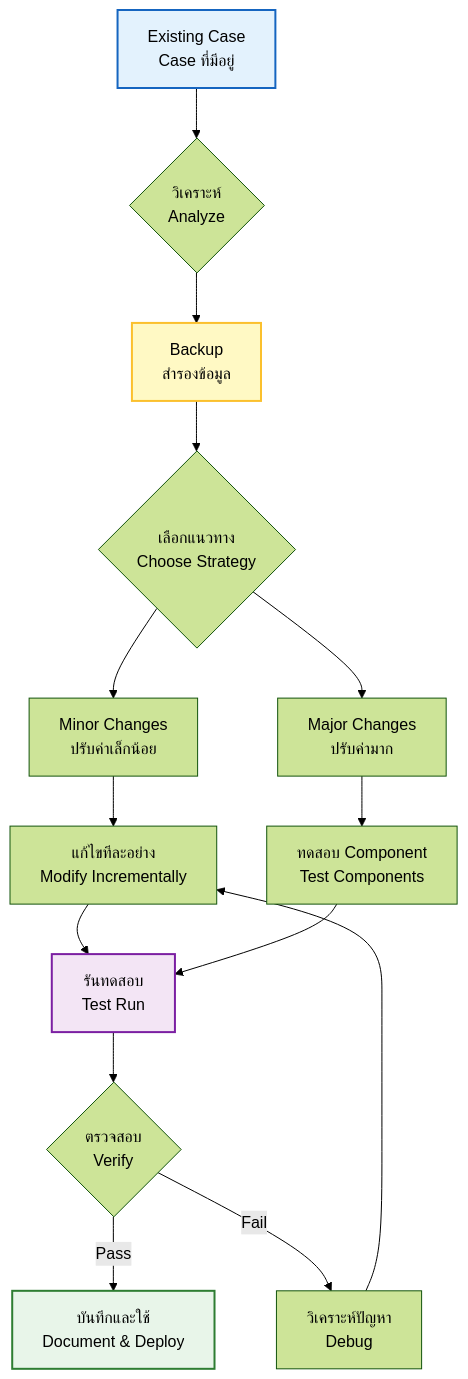
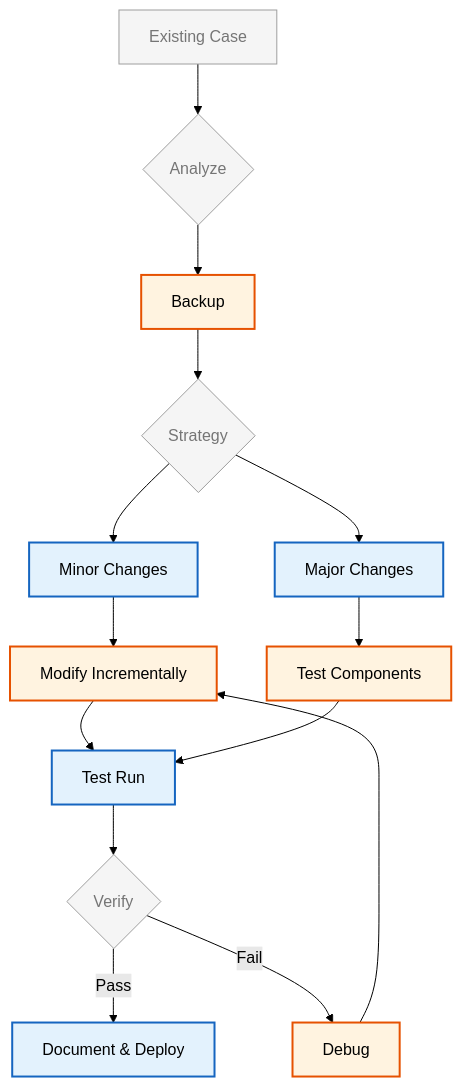
Before and after one commit to wramet/build-my-cfd: the diagram in MODULE_07_UTILITIES_AUTOMATION/CONTENT/03_POST_PROCESSING/03_Surface_Integration.md, drawn with Mermaid (forest theme). The commit also changed 313 other files, not shown here.

Commit message:
Revise all diagram

````diff
--- a/MODULE_07_UTILITIES_AUTOMATION/CONTENT/03_POST_PROCESSING/03_Surface_Integration.md
+++ b/MODULE_07_UTILITIES_AUTOMATION/CONTENT/03_POST_PROCESSING/03_Surface_Integration.md
@@ -768,21 +768,21 @@
 ```mermaid
 flowchart TD
-    A[Existing Case<br/>Case ที่มีอยู่] --> B{วิเคราะห์<br/>Analyze}
-    B --> C[Backup<br/>สำรองข้อมูล]
-    C --> D{เลือกแนวทาง<br/>Choose Strategy}
-    D --> E[Minor Changes<br/>ปรับค่าเล็กน้อย]
-    D --> F[Major Changes<br/>ปรับค่ามาก]
-    E --> G[แก้ไขทีละอย่าง<br/>Modify Incrementally]
-    F --> H[ทดสอบ Component<br/>Test Components]
-    G --> I[รันทดสอบ<br/>Test Run]
-    H --> I
-    I --> J{ตรวจสอบ<br/>Verify}
-    J -->|Pass| K[บันทึกและใช้<br/>Document & Deploy]
-    J -->|Fail| L[วิเคราะห์ปัญหา<br/>Debug]
-    L --> G
-    
-    style A fill:#e3f2fd,stroke:#1565c0,stroke-width:2px
-    style C fill:#fff9c4,stroke:#fbc02d,stroke-width:2px
-    style I fill:#f3e5f5,stroke:#7b1fa2,stroke-width:2px
-    style K fill:#e8f5e9,stroke:#2e7d32,stroke-width:2px
+%% Classes
+classDef explicit fill:#fff3e0,stroke:#e65100,stroke-width:2px;
+classDef implicit fill:#e3f2fd,stroke:#1565c0,stroke-width:2px;
+classDef context fill:#f5f5f5,stroke:#9e9e9e,stroke-width:1px,color:#757575;
+%% Nodes
+A[Existing Case]:::context --> B{Analyze}:::context
+B --> C[Backup]:::explicit
+C --> D{Strategy}:::context
+D --> E[Minor Changes]:::implicit
+D --> F[Major Changes]:::implicit
+E --> G[Modify Incrementally]:::explicit
+F --> H[Test Components]:::explicit
+G --> I[Test Run]:::implicit
+H --> I
+I --> J{Verify}:::context
+J -->|Pass| K[Document & Deploy]:::implicit
+J -->|Fail| L[Debug]:::explicit
+L --> G
 ```
````
